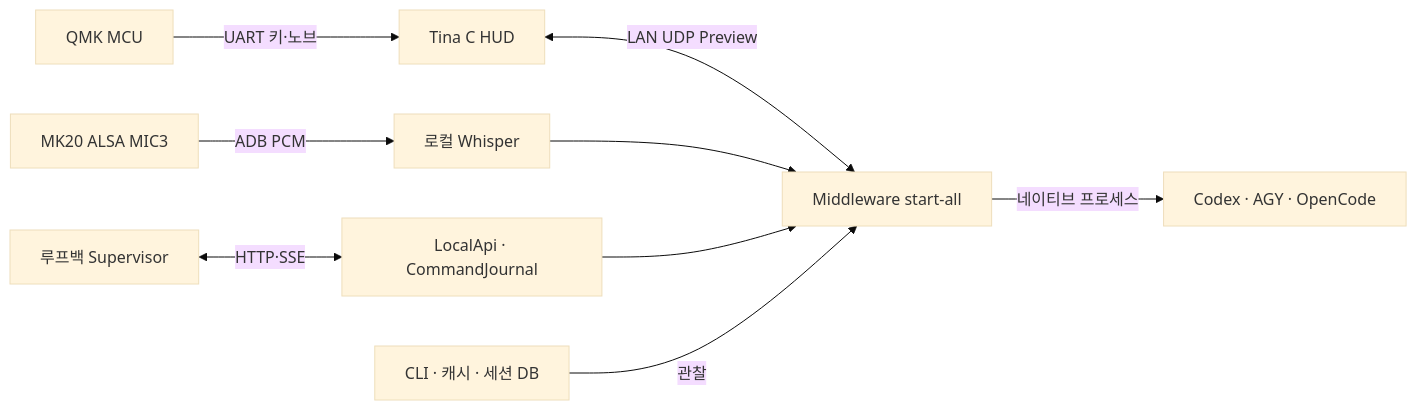
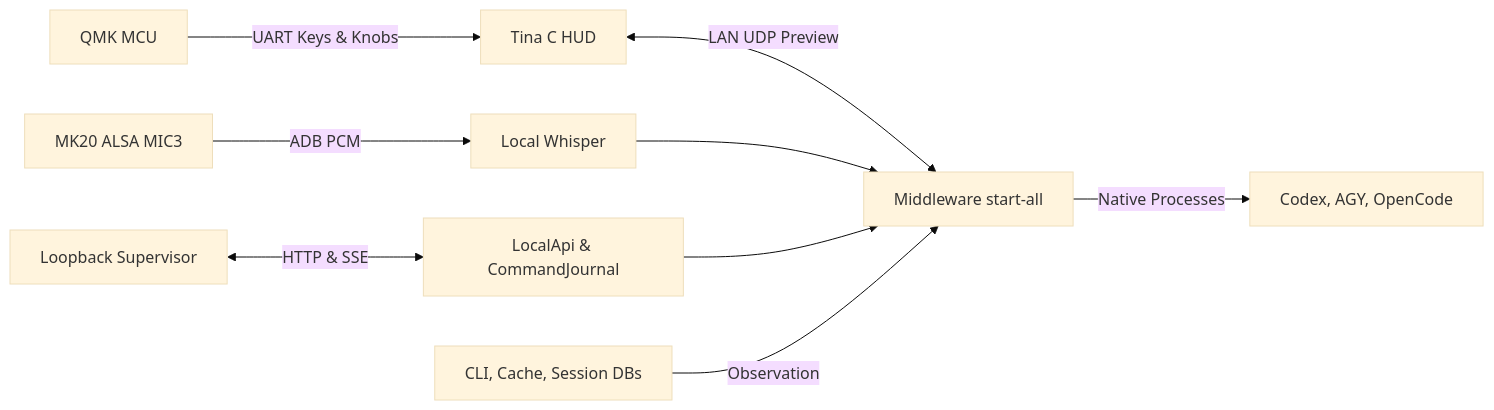
The diagram in docs/ARCHITECTURE.md (fkiller/Snowball_Control), drawn with Mermaid (base theme) before and after one commit. The commit also changed other lines of this file and 7 other files, not shown here.

````diff
--- a/docs/ARCHITECTURE.md
+++ b/docs/ARCHITECTURE.md
@@ -25,11 +31,11 @@
 ```mermaid
 flowchart LR
-  QMK[QMK MCU] -->|UART 키·노브| HUD[Tina C HUD]
+  QMK[QMK MCU] -->|UART Keys & Knobs| HUD[Tina C HUD]
   HUD <-->|LAN UDP Preview| Daemon[Middleware start-all]
-  Mic[MK20 ALSA MIC3] -->|ADB PCM| STT[로컬 Whisper]
+  Mic[MK20 ALSA MIC3] -->|ADB PCM| STT[Local Whisper]
   STT --> Daemon
-  UI[루프백 Supervisor] <-->|HTTP·SSE| API[LocalApi · CommandJournal]
+  UI[Loopback Supervisor] <-->|HTTP & SSE| API[LocalApi & CommandJournal]
   API --> Daemon
-  Sources[CLI · 캐시 · 세션 DB] -->|관찰| Daemon
-  Daemon -->|네이티브 프로세스| Harness[Codex · AGY · OpenCode]
+  Sources[CLI, Cache, Session DBs] -->|Observation| Daemon
+  Daemon -->|Native Processes| Harness[Codex, AGY, OpenCode]
 ```
````
